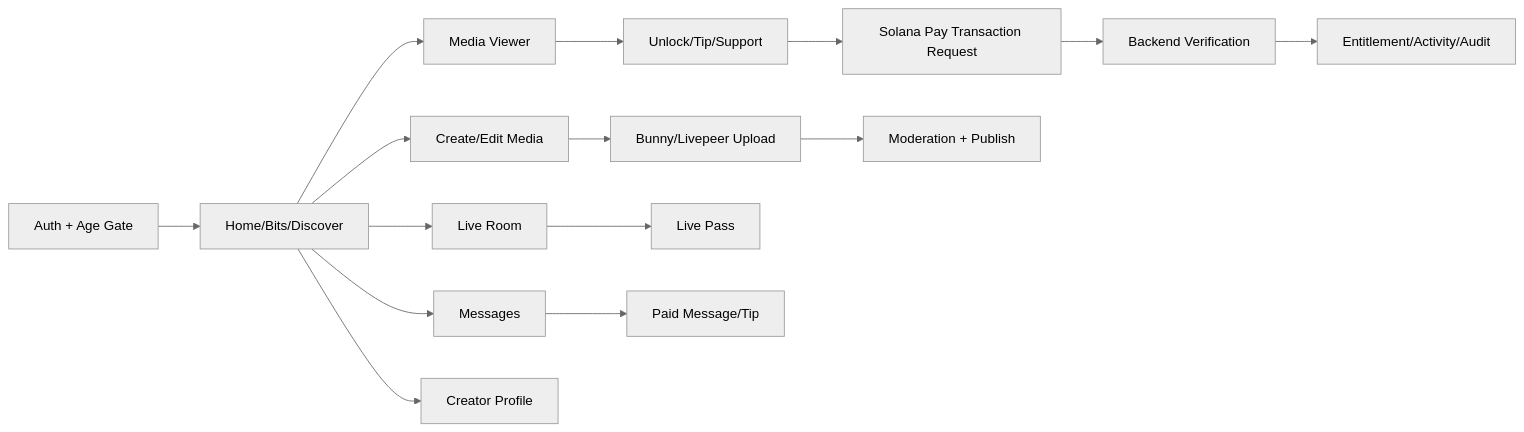
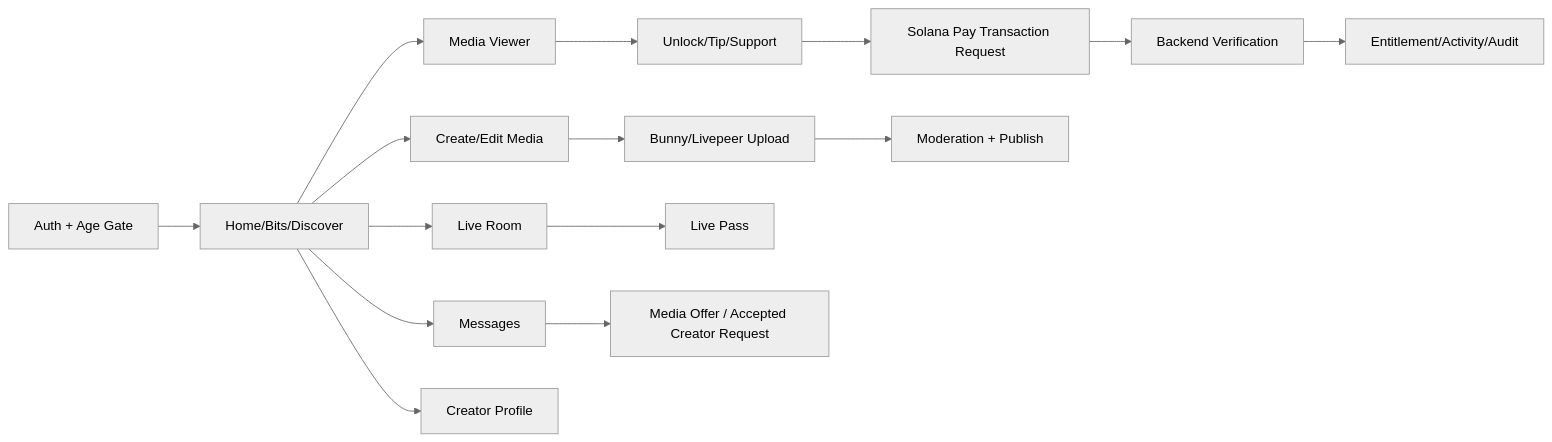
The second of 2 diagrams in docs/v2-new-build/app-architecture.md (mariospeterman/VEEL-v2), drawn with Mermaid (neutral theme) before and after one commit. The commit also changed other lines of this file and 86 other files, not shown here.

````diff
--- a/docs/v2-new-build/app-architecture.md
+++ b/docs/v2-new-build/app-architecture.md
@@ -255,17 +255,17 @@
 ```mermaid
 flowchart LR
   Auth["Auth + Age Gate"] --> Feed["Home/Bits/Discover"]
   Feed --> Media["Media Viewer"]
   Media --> Unlock["Unlock/Tip/Support"]
   Unlock --> Pay["Solana Pay Transaction Request"]
   Pay --> Verify["Backend Verification"]
   Verify --> Access["Entitlement/Activity/Audit"]
   Feed --> Create["Create/Edit Media"]
   Create --> Upload["Bunny/Livepeer Upload"]
   Upload --> Publish["Moderation + Publish"]
   Feed --> Live["Live Room"]
   Live --> Pass["Live Pass"]
   Feed --> Messages["Messages"]
-  Messages --> PaidMsg["Paid Message/Tip"]
+  Messages --> Commercial["Media Offer / Accepted Creator Request"]
   Feed --> Profile["Creator Profile"]
 ```
````
